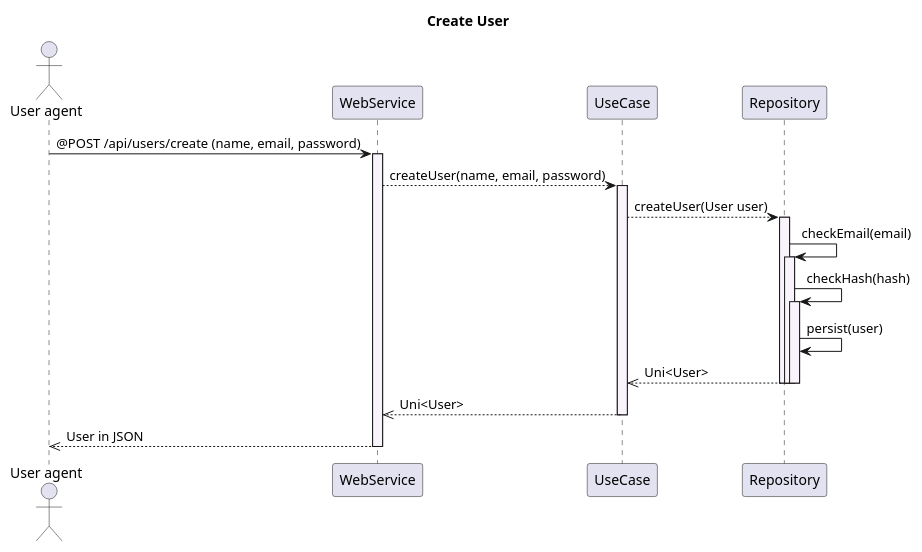
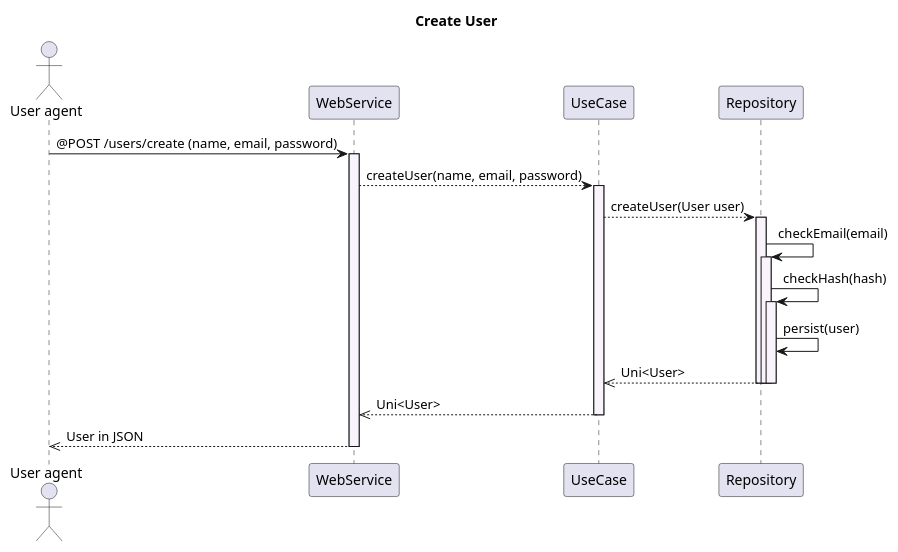
Before and after one commit to orion-services/users: the diagram in docs/usecases/CreateUser/sequence.puml, drawn with PlantUML. The commit also changed 15 other files, not shown here.

```diff
--- a/docs/usecases/CreateUser/sequence.puml
+++ b/docs/usecases/CreateUser/sequence.puml
@@ -1,33 +1,33 @@
 @startuml
 
 title Create User
 actor "User agent"
 
-"User agent" -> WebService: @POST /api/users/create (name, email, password)
+"User agent" -> WebService: @POST /users/create (name, email, password)
 activate WebService #F9F3FC
 
 WebService --> UseCase : createUser(name, email, password)
 activate UseCase #F9F3FC
 
 UseCase --> Repository : createUser(User user)
 activate Repository #F9F3FC
 Repository -> Repository: checkEmail(email)
 activate Repository #F9F3FC
 
 Repository -> Repository: checkHash(hash)
 activate Repository #F9F3FC
 
 Repository -> Repository: persist(user)
 Repository -->> UseCase : Uni<User>
 
 deactivate Repository
 deactivate Repository
 deactivate Repository
 
 UseCase -->> WebService : Uni<User>
 deactivate UseCase
 
 WebService -->> "User agent" : User in JSON
 deactivate WebService
 
 @enduml
```
